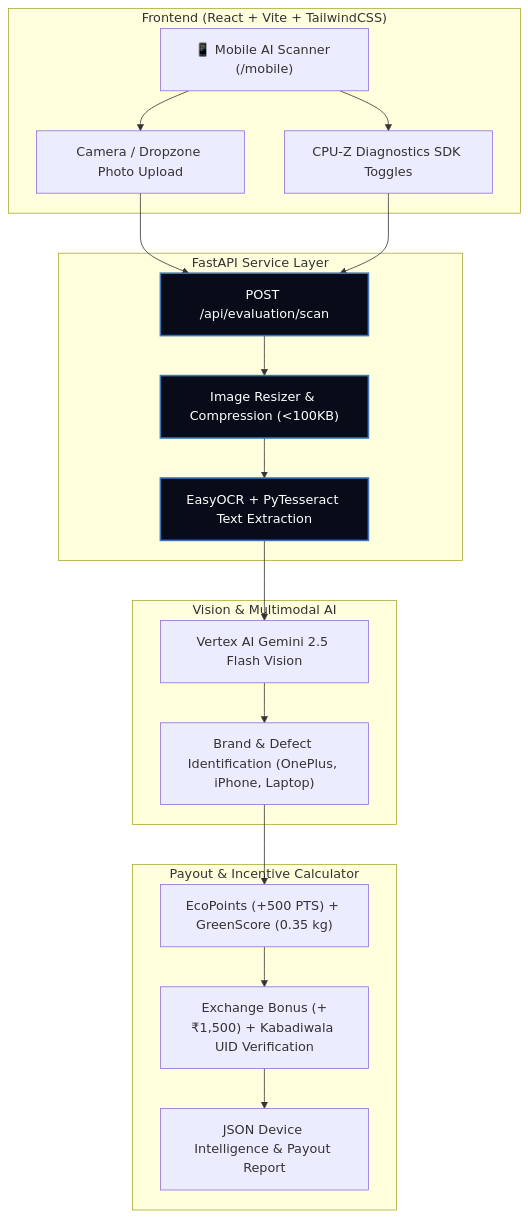
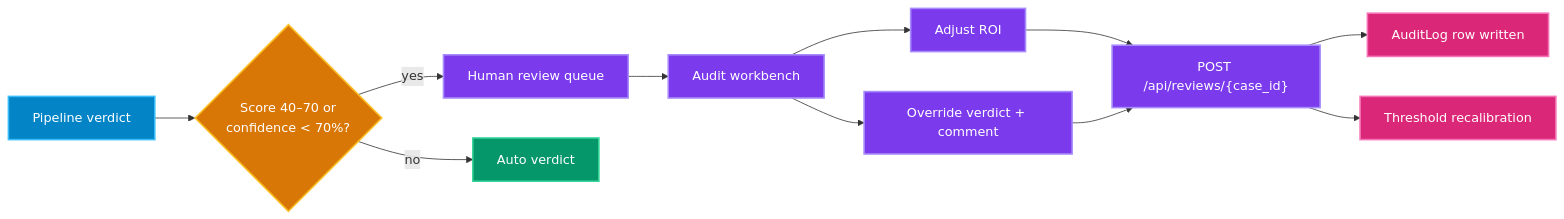
The fourth of 5 diagrams in README.md (uselessdevloper/EcoLoop), drawn with Mermaid before and after one commit. The commit also changed other lines of this file, not shown here.

````diff
--- a/README.md
+++ b/README.md
@@ -100,34 +535,24 @@
 ```mermaid
-flowchart TD
-    classDef frontend fill:#3D74B6,stroke:#FEFFC4,stroke-width:2px,color:#ffffff;
-    classDef backend fill:#070c18,stroke:#3D74B6,stroke-width:2px,color:#ffffff;
-    classDef ai fill:#059669,stroke:#34d399,stroke-width:2px,color:#ffffff;
-    classDef database fill:#7c3aed,stroke:#a78bfa,stroke-width:2px,color:#ffffff;
+flowchart LR
+    classDef s fill:#0284c7,stroke:#38bdf8,stroke-width:2px,color:#fff;
+    classDef d fill:#d97706,stroke:#fbbf24,stroke-width:2px,color:#fff;
+    classDef r fill:#7c3aed,stroke:#a78bfa,stroke-width:2px,color:#fff;
+    classDef a fill:#059669,stroke:#34d399,stroke-width:2px,color:#fff;
+    classDef m fill:#db2777,stroke:#f472b6,stroke-width:2px,color:#fff;
 
-    subgraph CLIENT ["Frontend (React + Vite + TailwindCSS)"]
-        A["📱 Mobile AI Scanner (/mobile)"] --> B["Camera / Dropzone Photo Upload"]
-        A --> C["CPU-Z Diagnostics SDK Toggles"]
-    end
+    A["Pipeline verdict"] --> B{"Score 40–70 or<br/>confidence < 70%?"}
+    B -- yes --> C["Human review queue"]
+    B -- no --> D["Auto verdict"]
+    C --> E["Audit workbench"]
+    E --> F["Adjust ROI"]
+    E --> G["Override verdict + comment"]
+    F & G --> H["POST /api/reviews/{case_id}"]
+    H --> I["AuditLog row written"]
+    H --> J["Threshold recalibration"]
 
-    subgraph BACKEND ["FastAPI Service Layer"]
-        B & C --> D["POST /api/evaluation/scan"]
-        D --> E["Image Resizer & Compression (<100KB)"]
-        E --> F["EasyOCR + PyTesseract Text Extraction"]
-    end
-
-    subgraph AI_ENGINE ["Vision & Multimodal AI"]
-        F --> G["Vertex AI Gemini 2.5 Flash Vision"]
-        G --> H["Brand & Defect Identification (OnePlus, iPhone, Laptop)"]
-    end
-
-    subgraph INCENTIVE_ENGINE ["Payout & Incentive Calculator"]
-        H --> I["EcoPoints (+500 PTS) + GreenScore (0.35 kg)"]
-        I --> J["Exchange Bonus (+₹1,500) + Kabadiwala UID Verification"]
-        J --> K["JSON Device Intelligence & Payout Report"]
-    end
-
-    class A,B,C client;
-    class D,E,F backend;
-    class G,H ai_engine;
-    class I,J,K incentive_engine;
+    class A s;
+    class B d;
+    class C,E,F,G,H r;
+    class D a;
+    class I,J m;
 ```
````
